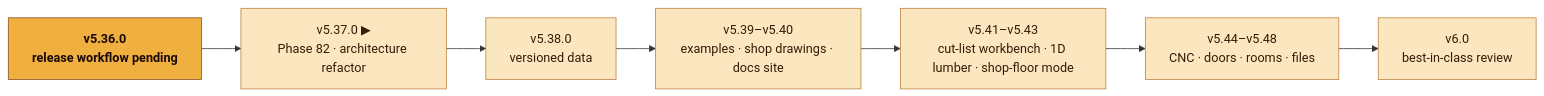
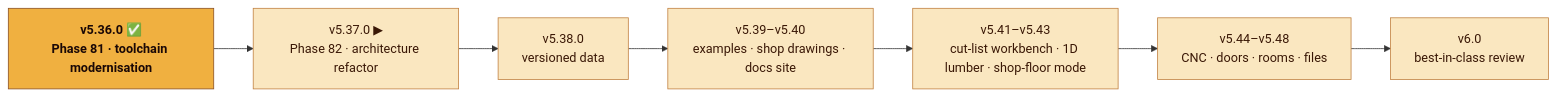
One commit to RajwanYair/WoodworkingShop changed the second of 2 diagrams in README.md. Above: the diagram before and after it, drawn with Mermaid. The commit also changed 858 other files, not shown here.

````diff
--- a/README.md
+++ b/README.md
@@ -231,14 +231,14 @@
 ```mermaid
 flowchart LR
-  now["v5.36.0<br/>release workflow pending"] --> t["v5.37.0 ▶<br/>Phase 82 · architecture refactor"]
+  now["v5.36.0 ✅<br/>Phase 81 · toolchain modernisation"] --> t["v5.37.0 ▶<br/>Phase 82 · architecture refactor"]
   t --> a["v5.38.0<br/>versioned data"] --> d0["v5.39–v5.40<br/>examples · shop drawings · docs site"]
   d0 --> d["v5.41–v5.43<br/>cut-list workbench · 1D lumber · shop-floor mode"]
   d --> w["v5.44–v5.48<br/>CNC · doors · rooms · files"]
   w --> m["v6.0<br/>best-in-class review"]
 
   classDef done fill:#3a7a50,stroke:#1e4a30,color:#ffffff,font-weight:bold
   classDef next fill:#f0b040,stroke:#8b5022,color:#1a0806,font-weight:bold
   classDef later fill:#fae7c0,stroke:#c08040,color:#3a1806
   class now next
   class t,a,d0,d,w,m later
 ```
````
